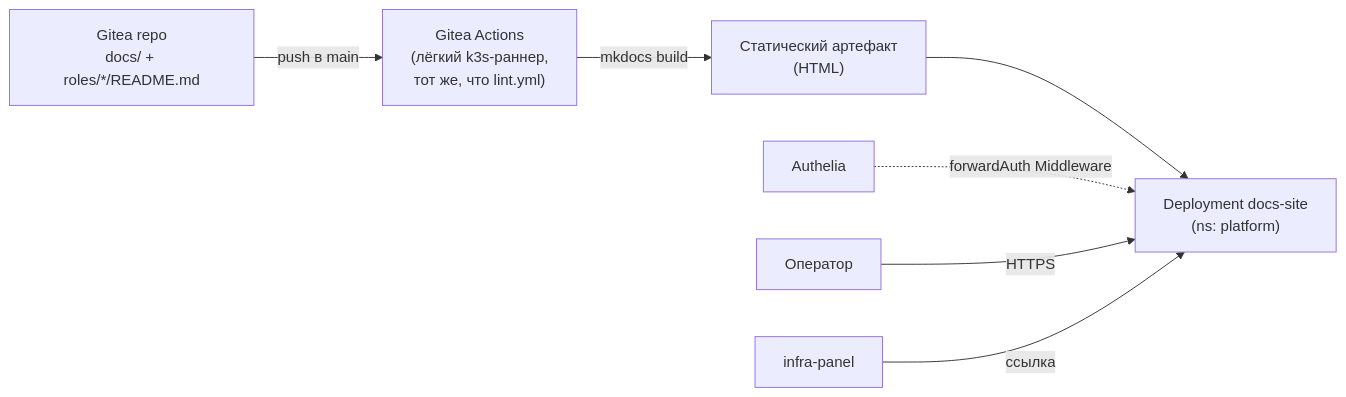
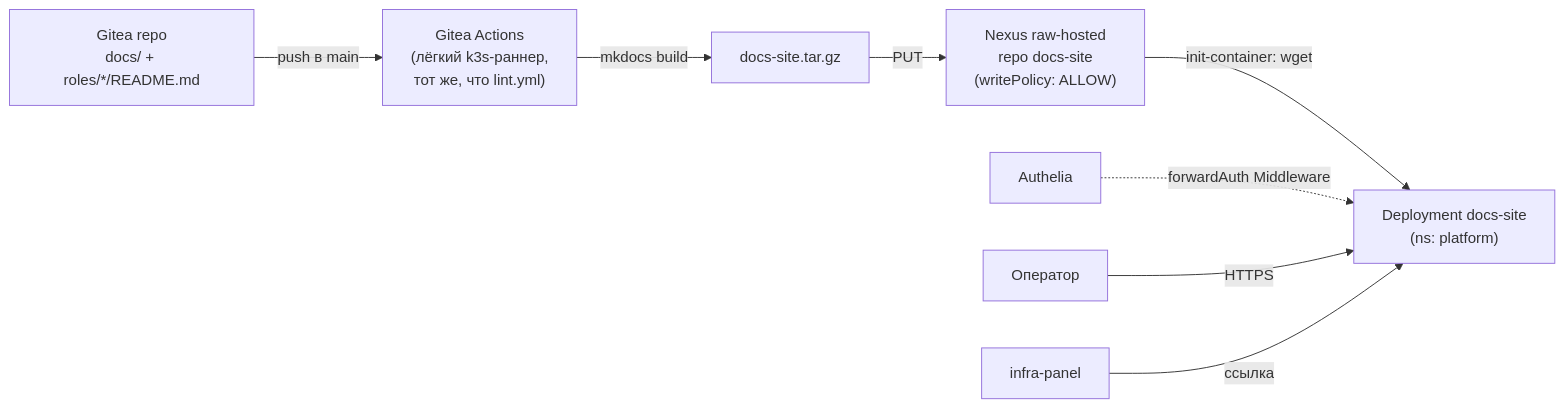
One commit to vinogradovia/ansible-devops-uslugi changed the diagram in docs/adr/0024-platform-docs-site.md. Above: the diagram before and after it, drawn with Mermaid. The commit also changed other lines of this file and 23 other files, not shown here.

````diff
--- a/docs/adr/0024-platform-docs-site.md
+++ b/docs/adr/0024-platform-docs-site.md
@@ -33,9 +36,10 @@
 ```mermaid
 graph LR
     REPO["Gitea repo<br/>docs/ + roles/*/README.md"] -->|"push в main"| CI["Gitea Actions<br/>(лёгкий k3s-раннер,<br/>тот же, что lint.yml)"]
-    CI -->|"mkdocs build"| ART["Статический артефакт<br/>(HTML)"]
-    ART --> POD["Deployment docs-site<br/>(ns: platform)"]
+    CI -->|"mkdocs build"| ART["docs-site.tar.gz"]
+    ART -->|"PUT"| NX["Nexus raw-hosted<br/>repo docs-site<br/>(writePolicy: ALLOW)"]
+    NX -->|"init-container: wget"| POD["Deployment docs-site<br/>(ns: platform)"]
     AU["Authelia"] -.->|"forwardAuth Middleware"| POD
     OP["Оператор"] -->|HTTPS| POD
     PANEL["infra-panel"] -->|ссылка| POD
 ```
````
